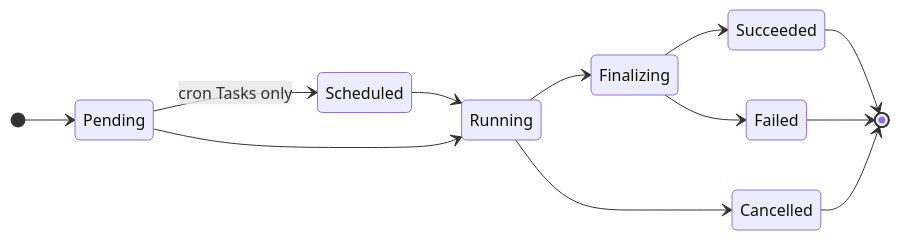
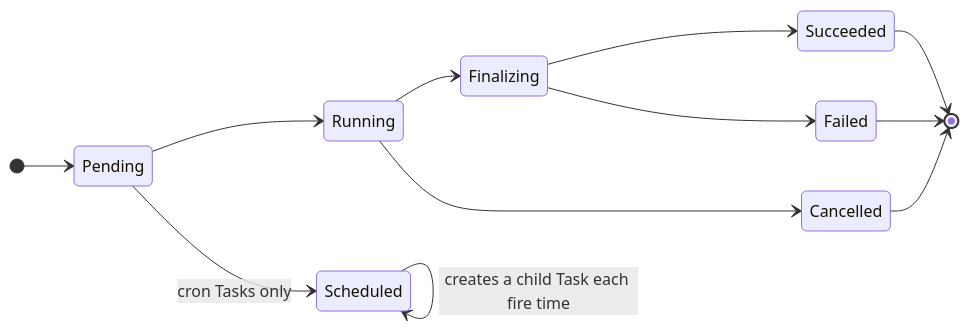
Before and after one commit to JaydipGabani/orka: the second of 3 diagrams in website/docs/concepts/architecture.md, drawn with Mermaid. The commit also changed other lines of this file and 20 other files, not shown here.

````diff
--- a/website/docs/concepts/architecture.md
+++ b/website/docs/concepts/architecture.md
@@ -246,15 +250,15 @@
 ```mermaid
 stateDiagram-v2
     direction LR
     [*] --> Pending
     Pending --> Scheduled: cron Tasks only
-    Scheduled --> Running
+    Scheduled --> Scheduled: creates a child Task each fire time
     Pending --> Running
     Running --> Finalizing
     Finalizing --> Succeeded
     Finalizing --> Failed
     Running --> Cancelled
     Succeeded --> [*]
     Failed --> [*]
     Cancelled --> [*]
 ```
````
